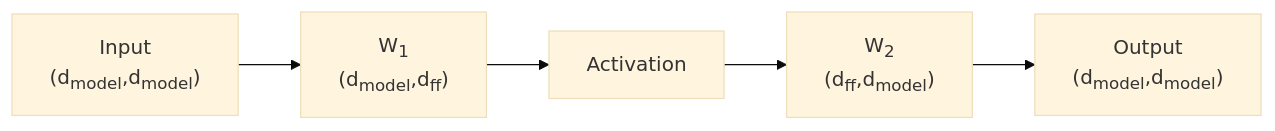
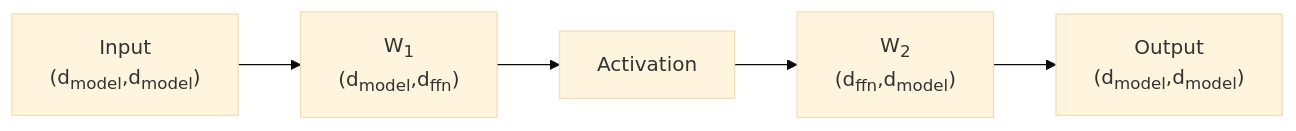
Before and after one commit to ChrisZhu2050/chriszhu2050.github.io: the third of 15 diagrams in index.md, drawn with Mermaid (base theme). The commit also changed other lines of this file, not shown here.

````diff
--- a/index.md
+++ b/index.md
@@ -136,10 +136,10 @@
       ```mermaid
       graph LR
           G["`Input
           (d<sub>model</sub>,d<sub>model</sub>)`"]  --> 
           A["`W<sub>1</sub>
-          (d<sub>model</sub>,d<sub>ff</sub>)`"]  --> B["`Activation`"] --> D["`W<sub>2</sub>
-          (d<sub>ff</sub>,d<sub>model</sub>)
+          (d<sub>model</sub>,d<sub>ffn</sub>)`"]  --> B["`Activation`"] --> D["`W<sub>2</sub>
+          (d<sub>ffn</sub>,d<sub>model</sub>)
           `"] --> E["`Output
           (d<sub>model</sub>,d<sub>model</sub>)`"]
       ``` 
````
